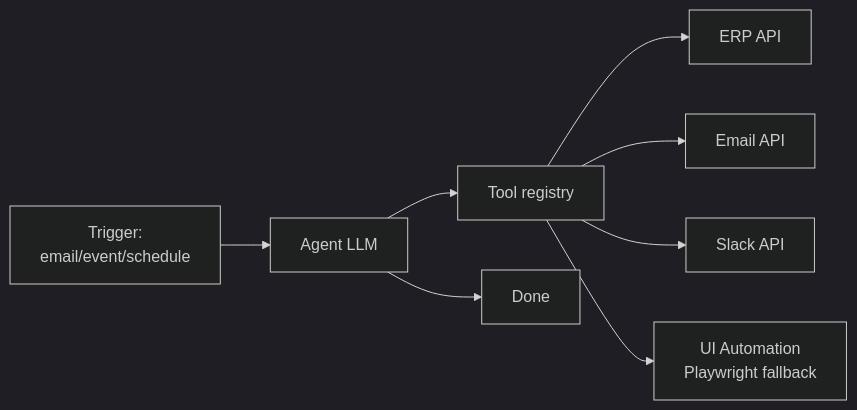
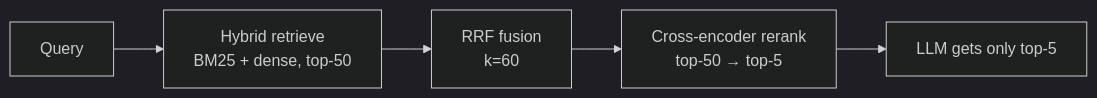
Before and after one commit to PranavMotarwar/Urban-Policy-Advisor-LLM: diagram 18 of 48 in SYSTEM_DESIGN_PREP.md, drawn with Mermaid (dark theme). The commit also changed other lines of this file, not shown here.

````diff
--- a/SYSTEM_DESIGN_PREP.md
+++ b/SYSTEM_DESIGN_PREP.md
@@ -2195,10 +2579,7 @@
 ```mermaid
 flowchart LR
-    Trigger[Trigger:<br/>email/event/schedule] --> Agent[Agent LLM]
-    Agent --> Tools[Tool registry]
-    Tools --> API1[ERP API]
-    Tools --> API2[Email API]
-    Tools --> API3[Slack API]
-    Tools --> UI[UI Automation<br/>Playwright fallback]
-    Agent --> Result[Done]
+  Q[Query] --> H[Hybrid retrieve<br/>BM25 + dense, top-50]
+  H --> RRF[RRF fusion<br/>k=60]
+  RRF --> RR[Cross-encoder rerank<br/>top-50 → top-5]
+  RR --> LLM[LLM gets only top-5]
 ```
````
